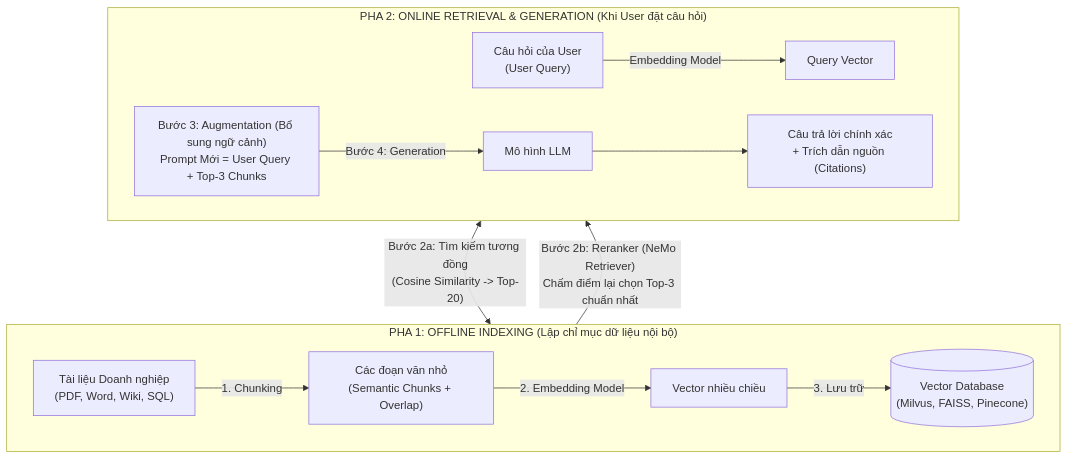
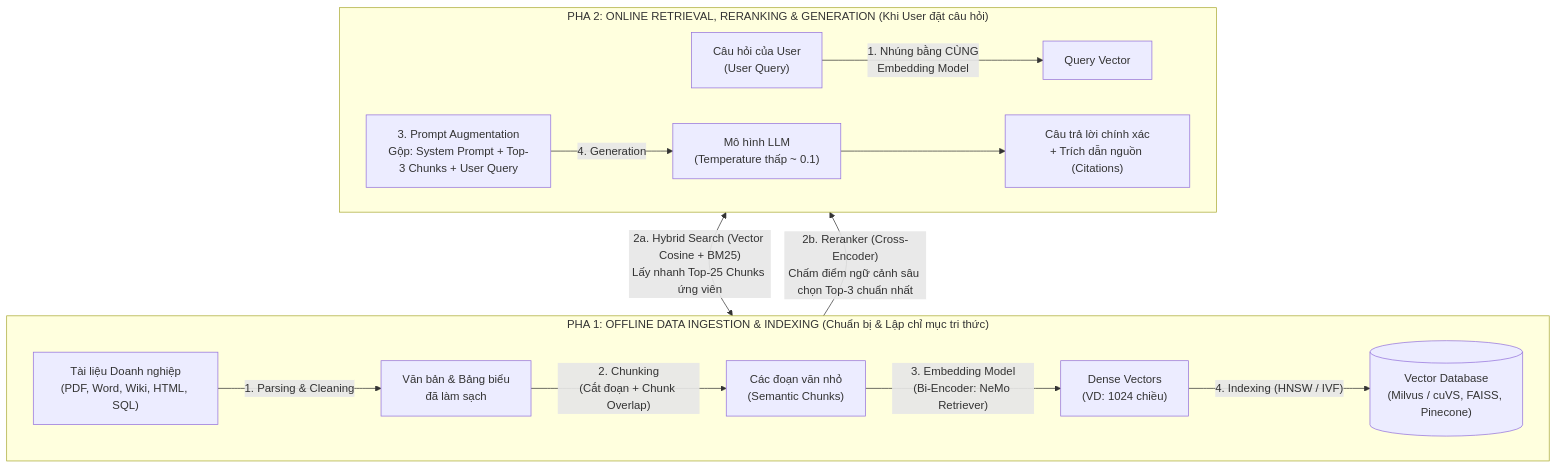
Before and after one commit to nxthanh2904/nca-genl: the second of 4 diagrams in Module_06_Model_Customization.md, drawn with Mermaid. The commit also changed other lines of this file and 11 other files, not shown here.

````diff
--- a/Module_06_Model_Customization.md
+++ b/Module_06_Model_Customization.md
@@ -58,18 +74,19 @@
 ```mermaid
 flowchart TD
-    subgraph Offline["PHA 1: OFFLINE INDEXING (Lập chỉ mục dữ liệu nội bộ)"]
+    subgraph Offline["PHA 1: OFFLINE DATA INGESTION & INDEXING (Chuẩn bị & Lập chỉ mục tri thức)"]
         direction LR
-        Docs["Tài liệu Doanh nghiệp<br/>(PDF, Word, Wiki, SQL)"] -->|1. Chunking| Chunks["Các đoạn văn nhỏ<br/>(Semantic Chunks + Overlap)"]
-        Chunks -->|2. Embedding Model| Vecs["Vector nhiều chiều"]
-        Vecs -->|3. Lưu trữ| VDB[("Vector Database<br/>(Milvus, FAISS, Pinecone)")]
+        Docs["Tài liệu Doanh nghiệp<br/>(PDF, Word, Wiki, HTML, SQL)"] -->|1. Parsing & Cleaning| Clean["Văn bản & Bảng biểu<br/>đã làm sạch"]
+        Clean -->|"2. Chunking<br/>(Cắt đoạn + Chunk Overlap)"| Chunks["Các đoạn văn nhỏ<br/>(Semantic Chunks)"]
+        Chunks -->|"3. Embedding Model<br/>(Bi-Encoder: NeMo Retriever)"| Vecs["Dense Vectors<br/>(VD: 1024 chiều)"]
+        Vecs -->|"4. Indexing (HNSW / IVF)"| VDB[("Vector Database<br/>(Milvus / cuVS, FAISS, Pinecone)")]
     end
 
-    subgraph Online["PHA 2: ONLINE RETRIEVAL & GENERATION (Khi User đặt câu hỏi)"]
+    subgraph Online["PHA 2: ONLINE RETRIEVAL, RERANKING & GENERATION (Khi User đặt câu hỏi)"]
         direction LR
-        User["Câu hỏi của User<br/>(User Query)"] -->|Embedding Model| QVec["Query Vector"]
-        QVec <-->|"Bước 2a: Tìm kiếm tương đồng<br/>(Cosine Similarity -> Top-20)"| VDB
-        VDB -->|"Bước 2b: Reranker (NeMo Retriever)<br/>Chấm điểm lại chọn Top-3 chuẩn nhất"| Aug["Bước 3: Augmentation (Bổ sung ngữ cảnh)<br/>Prompt Mới = User Query + Top-3 Chunks"]
-        Aug -->|"Bước 4: Generation"| LLM["Mô hình LLM"]
+        User["Câu hỏi của User<br/>(User Query)"] -->|"1. Nhúng bằng CÙNG<br/>Embedding Model"| QVec["Query Vector"]
+        QVec <-->|"2a. Hybrid Search (Vector Cosine + BM25)<br/>Lấy nhanh Top-25 Chunks ứng viên"| VDB
+        VDB -->|"2b. Reranker (Cross-Encoder)<br/>Chấm điểm ngữ cảnh sâu chọn Top-3 chuẩn nhất"| Aug["3. Prompt Augmentation<br/>Gộp: System Prompt + Top-3 Chunks + User Query"]
+        Aug -->|"4. Generation"| LLM["Mô hình LLM<br/>(Temperature thấp ~ 0.1)"]
         LLM --> Ans["Câu trả lời chính xác<br/>+ Trích dẫn nguồn (Citations)"]
     end
 ```
````
